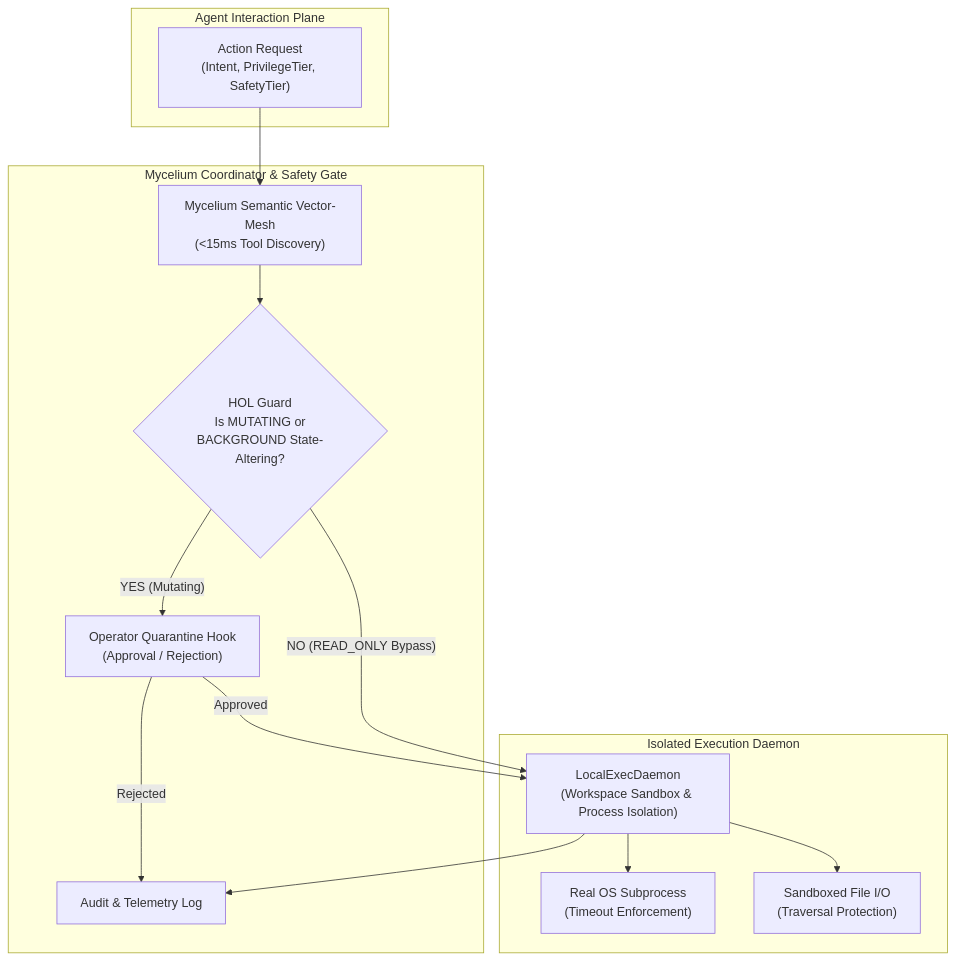
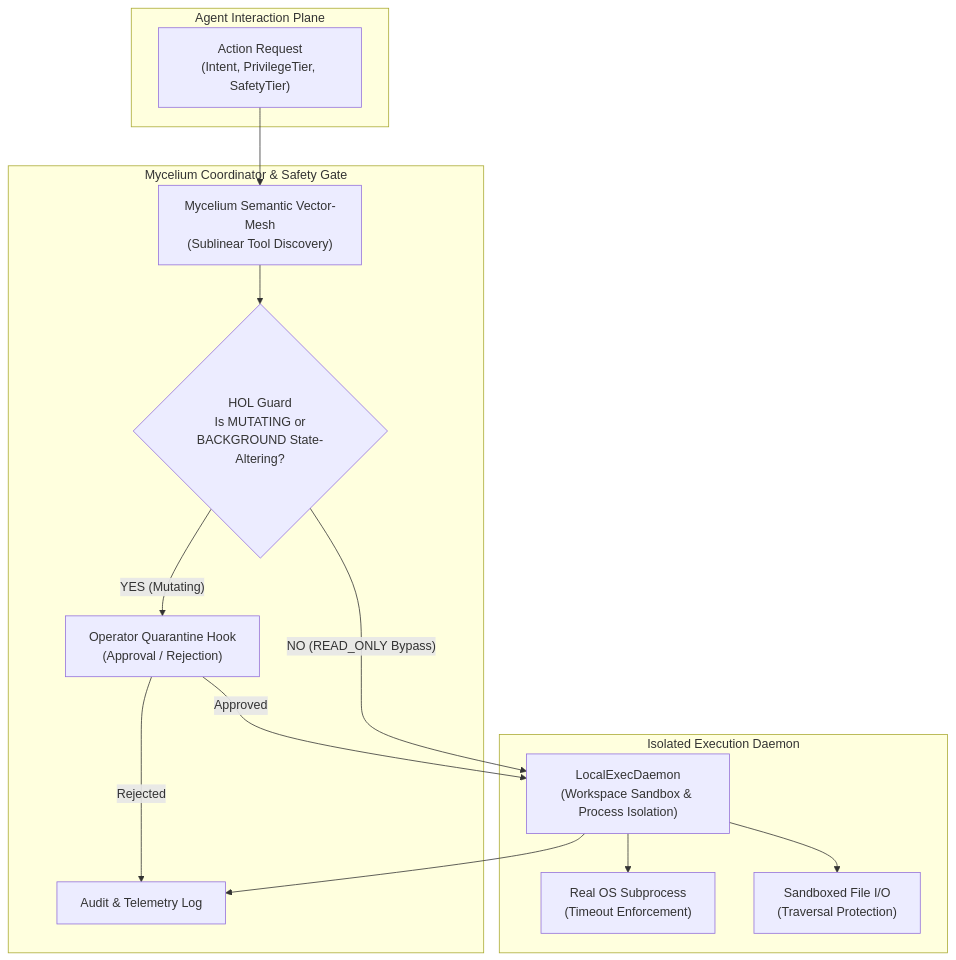
Before and after one commit to udaysaai/Mycelium_Agent_Coordinator_MAC: the diagram in README.md, drawn with Mermaid. The commit also changed other lines of this file and 11 other files, not shown here.

````diff
--- a/README.md
+++ b/README.md
@@ -15,29 +15,29 @@
 ```mermaid
 flowchart TD
     subgraph AgentMesh["Agent Interaction Plane"]
         UserIntent["Action Request\n(Intent, PrivilegeTier, SafetyTier)"]
     end
 
     subgraph CoordinatorPlane["Mycelium Coordinator & Safety Gate"]
-        MeshRoute["Mycelium Semantic Vector-Mesh\n(<15ms Tool Discovery)"]
+        MeshRoute["Mycelium Semantic Vector-Mesh\n(Sublinear Tool Discovery)"]
         HOLGate{"HOL Guard\nIs MUTATING or\nBACKGROUND State-Altering?"}
         HumanHook["Operator Quarantine Hook\n(Approval / Rejection)"]
         AuditLog["Audit & Telemetry Log"]
     end
 
     subgraph DaemonPlane["Isolated Execution Daemon"]
         Daemon["LocalExecDaemon\n(Workspace Sandbox & Process Isolation)"]
         Proc["Real OS Subprocess\n(Timeout Enforcement)"]
         WorkspaceIO["Sandboxed File I/O\n(Traversal Protection)"]
     end
 
     UserIntent --> MeshRoute
     MeshRoute --> HOLGate
     HOLGate -- "YES (Mutating)" --> HumanHook
     HumanHook -- "Approved" --> Daemon
     HumanHook -- "Rejected" --> AuditLog
     HOLGate -- "NO (READ_ONLY Bypass)" --> Daemon
     Daemon --> Proc
     Daemon --> WorkspaceIO
     Daemon --> AuditLog
 ```
````
